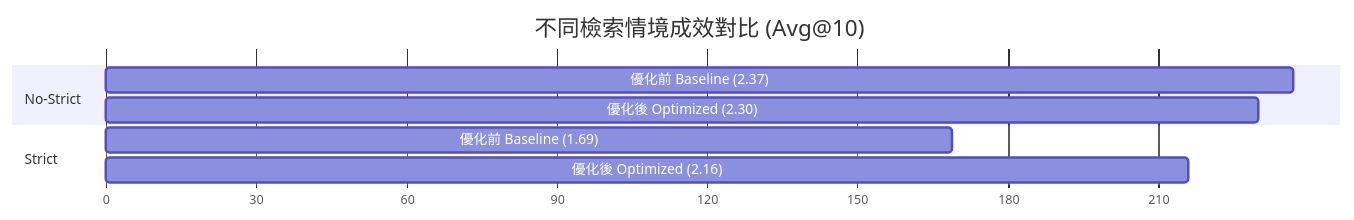
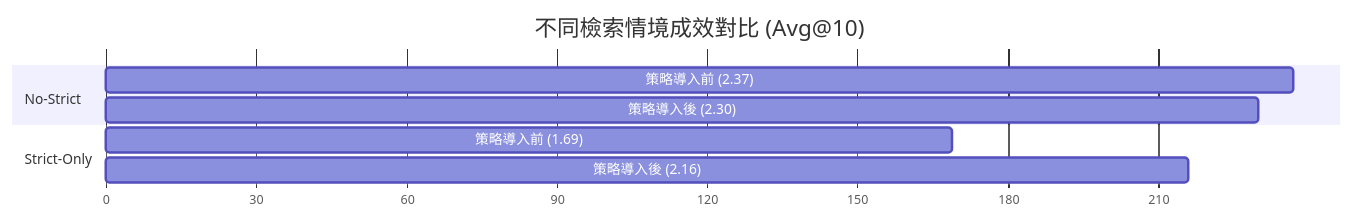
One commit to wangicheng/hybrid-reasoner changed the ninth of 13 diagrams in docs/report.md. Above: the diagram before and after it, drawn with Mermaid. The commit also changed other lines of this file and 9 other files, not shown here.

````diff
--- a/docs/report.md
+++ b/docs/report.md
@@ -367,12 +395,12 @@
 ```mermaid
 gantt
     title 不同檢索情境成效對比 (Avg@10)
     dateFormat  X
     axisFormat %s
     section No-Strict
-    優化前 Baseline (2.37) :0, 237
-    優化後 Optimized (2.30) :0, 230
-    section Strict
-    優化前 Baseline (1.69) :0, 169
-    優化後 Optimized (2.16) :0, 216
+    策略導入前 (2.37) :0, 237
+    策略導入後 (2.30) :0, 230
+    section Strict-Only
+    策略導入前 (1.69) :0, 169
+    策略導入後 (2.16) :0, 216
 ```
````
